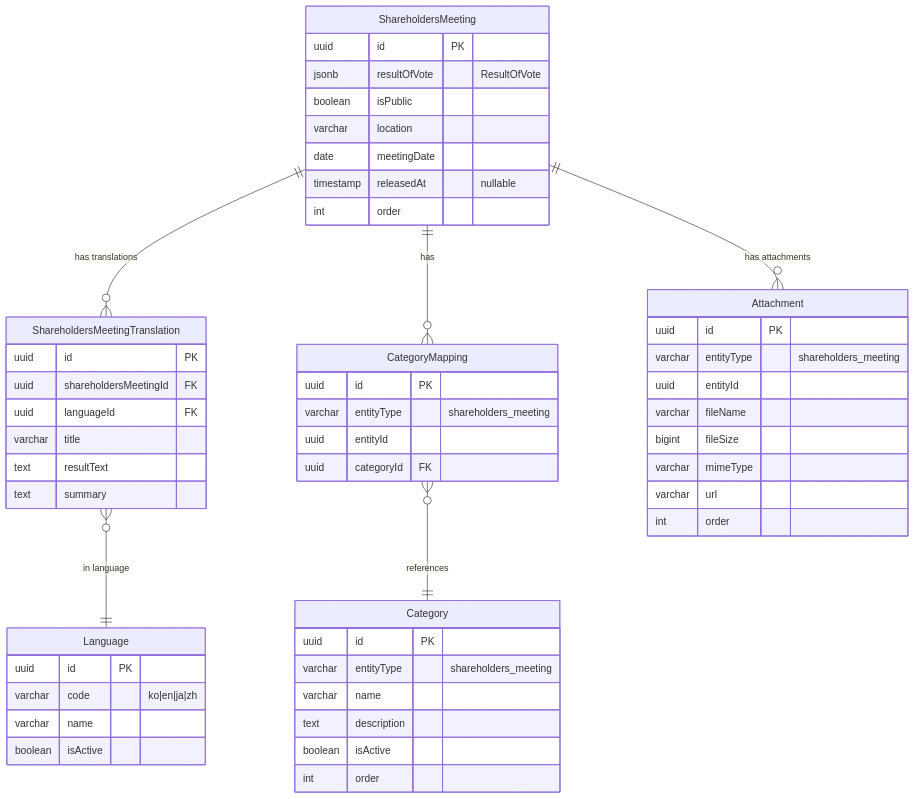
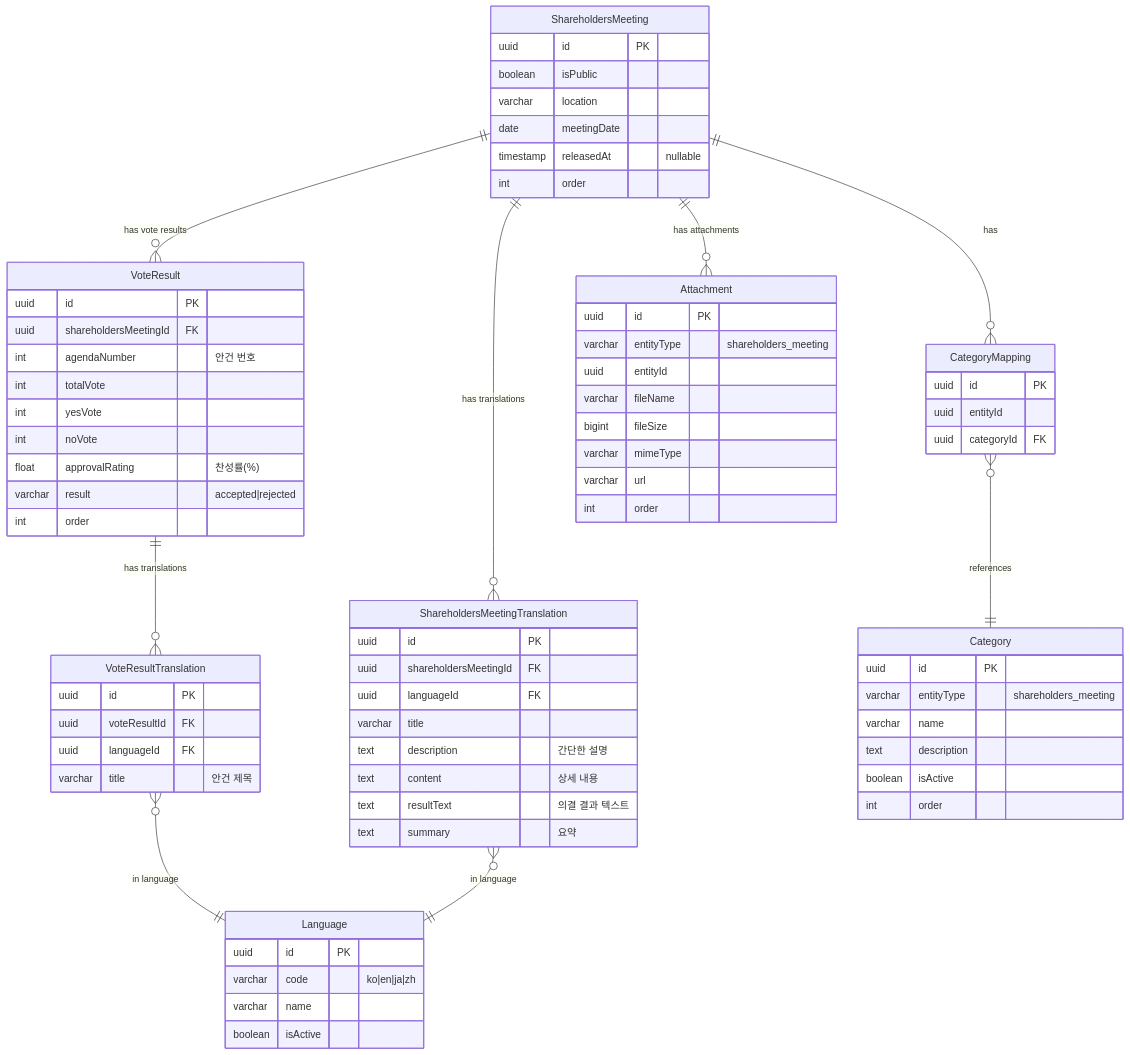
Before and after one commit to GTD-web/Back_ContentsManagementSystem: the third of 7 diagrams in docs/er-diagram.md, drawn with Mermaid. The commit also changed other lines of this file and 1 other file, not shown here.

```diff
--- a/docs/er-diagram.md
+++ b/docs/er-diagram.md
@@ -537,7 +535,6 @@
 erDiagram
     ShareholdersMeeting {
         uuid id PK
-        jsonb resultOfVote "ResultOfVote"
         boolean isPublic
         varchar location
         date meetingDate
@@ -545,18 +542,38 @@
         int order
     }
     
+    VoteResult {
+        uuid id PK
+        uuid shareholdersMeetingId FK
+        int agendaNumber "안건 번호"
+        int totalVote
+        int yesVote
+        int noVote
+        float approvalRating "찬성률(%)"
+        varchar result "accepted|rejected"
+        int order
+    }
+    
+    VoteResultTranslation {
+        uuid id PK
+        uuid voteResultId FK
+        uuid languageId FK
+        varchar title "안건 제목"
+    }
+    
     ShareholdersMeetingTranslation {
         uuid id PK
         uuid shareholdersMeetingId FK
         uuid languageId FK
         varchar title
-        text resultText
-        text summary
+        text description "간단한 설명"
+        text content "상세 내용"
+        text resultText "의결 결과 텍스트"
+        text summary "요약"
     }
     
     CategoryMapping {
         uuid id PK
-        varchar entityType "shareholders_meeting"
         uuid entityId
         uuid categoryId FK
     }
@@ -588,6 +605,9 @@
         int order
     }
     
+    ShareholdersMeeting ||--o{ VoteResult : "has vote results"
+    VoteResult ||--o{ VoteResultTranslation : "has translations"
+    VoteResultTranslation }o--|| Language : "in language"
     ShareholdersMeeting ||--o{ ShareholdersMeetingTranslation : "has translations"
     ShareholdersMeetingTranslation }o--|| Language : "in language"
     ShareholdersMeeting ||--o{ CategoryMapping : "has"
```
